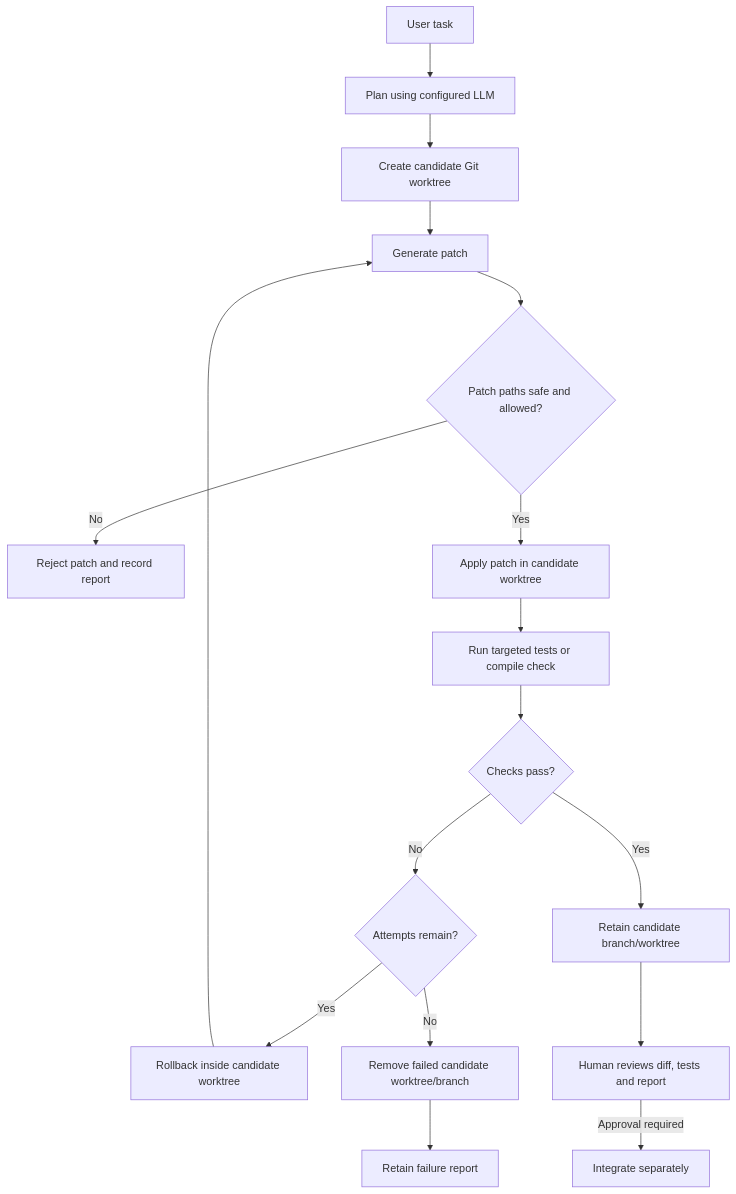
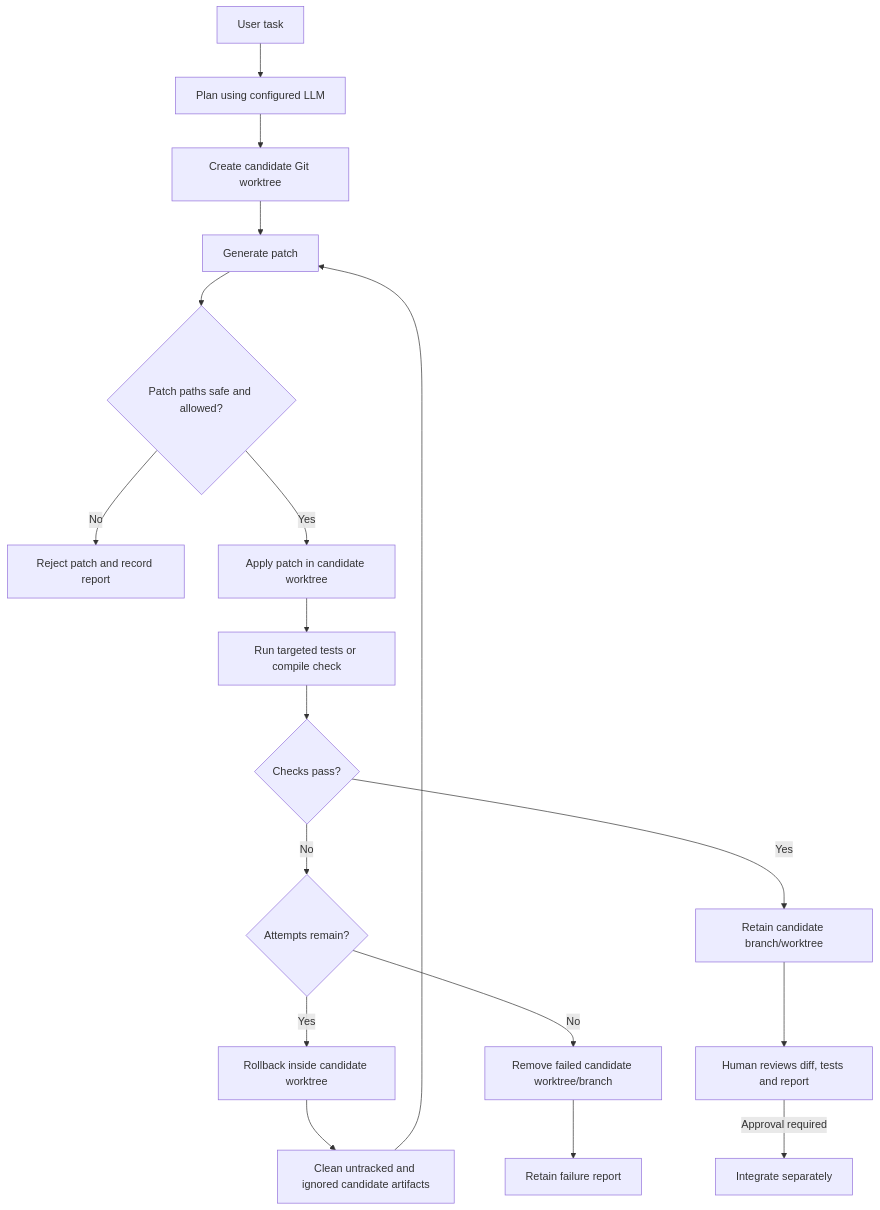
Before and after one commit to deathkernel/TARA: the fourth of 7 diagrams in README.md, drawn with Mermaid. The commit also changed other lines of this file, not shown here.

Commit message:
docs: record candidate rollback and ignored-test hardening

````diff
--- a/README.md
+++ b/README.md
@@ -64,19 +64,20 @@
 ```mermaid
 flowchart TD
     S[User task] --> PL[Plan using configured LLM]
     PL --> WT[Create candidate Git worktree]
     WT --> PG[Generate patch]
     PG --> PV{Patch paths safe and allowed?}
     PV -- No --> REJ[Reject patch and record report]
     PV -- Yes --> AP[Apply patch in candidate worktree]
     AP --> TS[Run targeted tests or compile check]
     TS --> OK{Checks pass?}
     OK -- No --> RT{Attempts remain?}
     RT -- Yes --> RB[Rollback inside candidate worktree]
-    RB --> PG
+    RB --> CLN[Clean untracked and ignored candidate artifacts]
+    CLN --> PG
     RT -- No --> CL[Remove failed candidate worktree/branch]
     CL --> RP[Retain failure report]
     OK -- Yes --> KEEP[Retain candidate branch/worktree]
     KEEP --> RV[Human reviews diff, tests and report]
     RV -->|Approval required| IN[Integrate separately]
 ```
````
